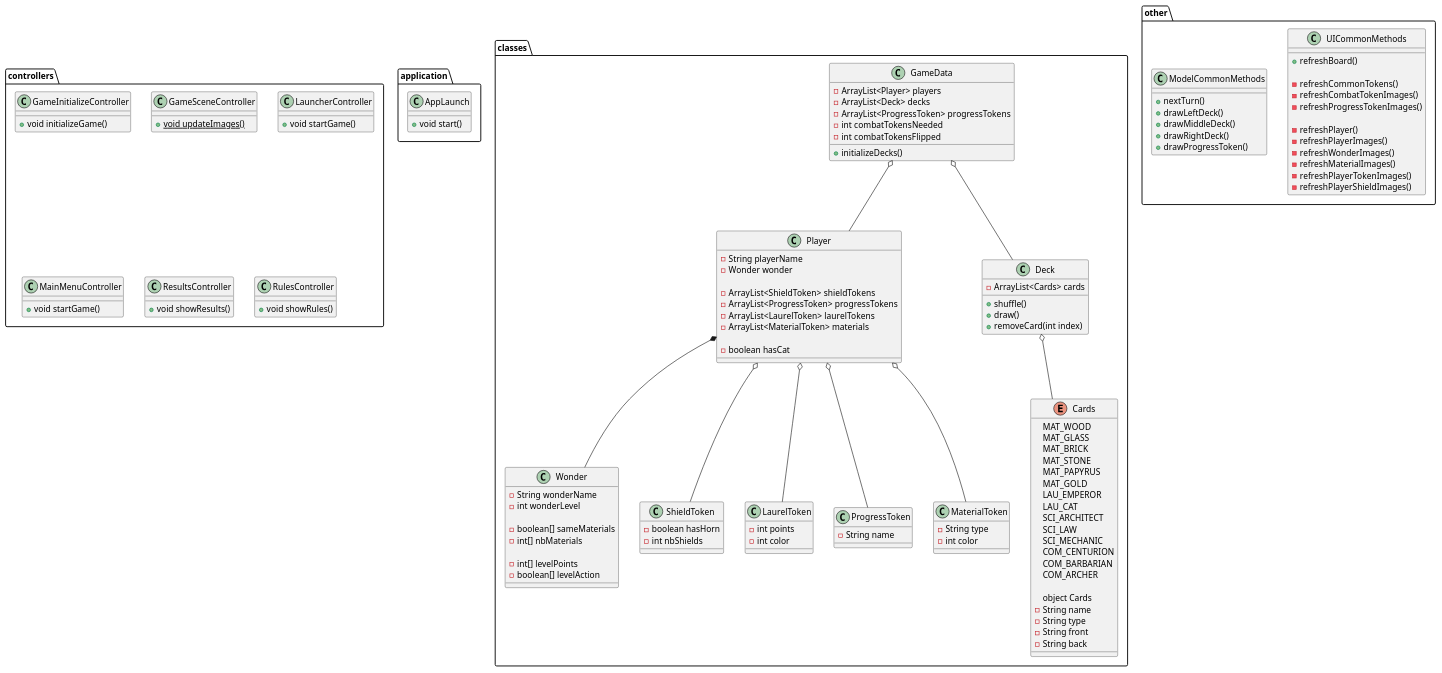
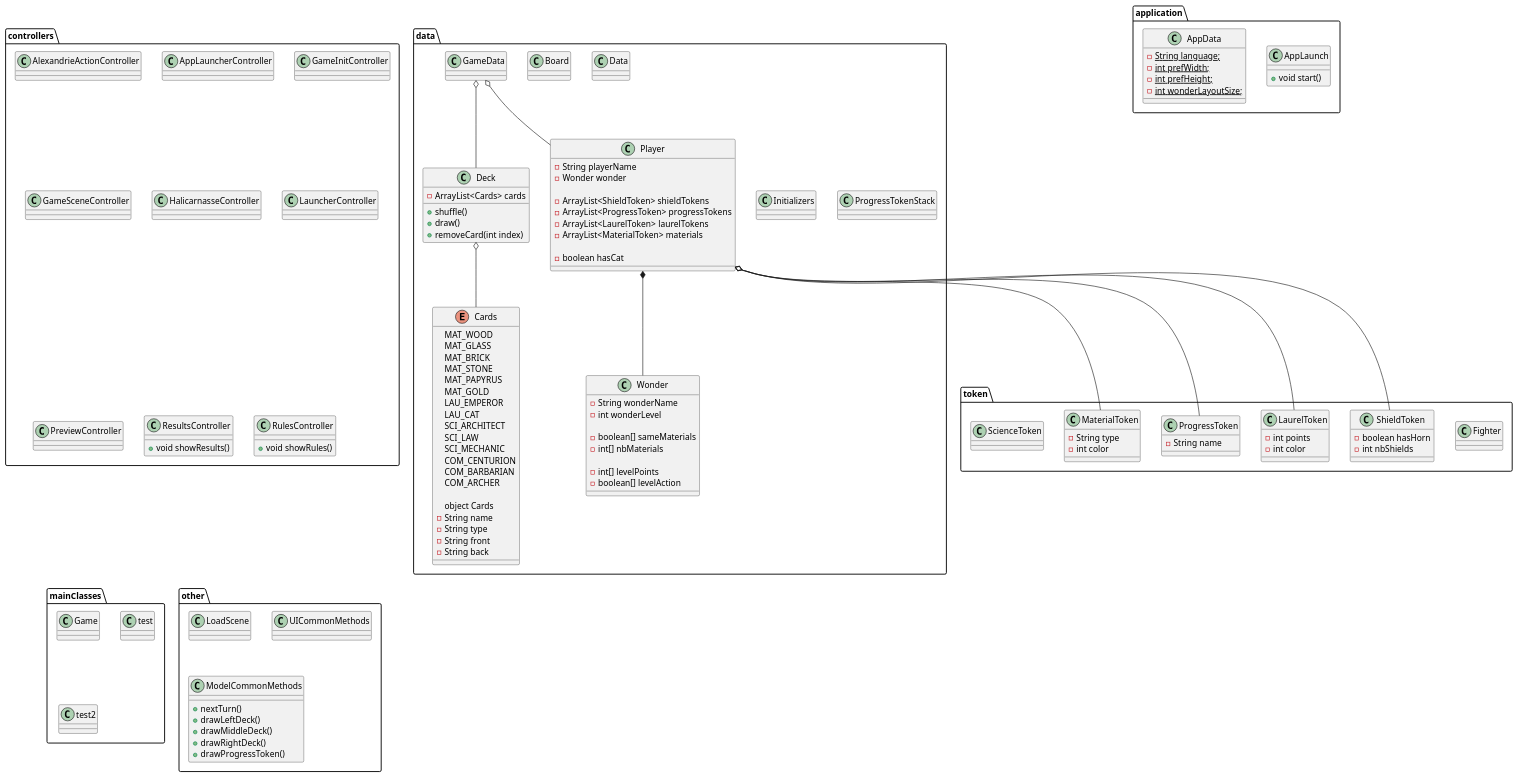
The diagram in src/main/resources/other/7WUML.puml (LeCarnotzetVeveysan/GameSevenWondersArchitect), drawn with PlantUML before and after one commit. The commit also changed 6 other files, not shown here.

```diff
--- a/src/main/resources/other/7WUML.puml
+++ b/src/main/resources/other/7WUML.puml
@@ -7,16 +7,101 @@
         + void start()
     }
 
+    class AppData {
+        - {static} String language;
+        - {static} int prefWidth;
+        - {static} int prefHeight;
+        - {static} int wonderLayoutSize;
+    }
+
 }
 
-package classes {
+package controllers {
+
+    class AlexandrieActionController {
+
+    }
+
+    class AppLauncherController {
+
+    }
+
+    class GameInitController {
+
+    }
+
+    class GameSceneController {
+
+    }
+
+    class HalicarnasseController {
+
+    }
+
+    class LauncherController {
+
+    }
+
+    class PreviewController {
+
+    }
+
+    class ResultsController {
+        + void showResults()
+    }
+
+    class RulesController {
+        + void showRules()
+    }
+
+}
+
+package data {
+
+    class Board {
+
+    }
+
+    enum Cards {
+            MAT_WOOD
+            MAT_GLASS
+            MAT_BRICK
+            MAT_STONE
+            MAT_PAPYRUS
+            MAT_GOLD
+            LAU_EMPEROR
+            LAU_CAT
+            SCI_ARCHITECT
+            SCI_LAW
+            SCI_MECHANIC
+            COM_CENTURION
+            COM_BARBARIAN
+            COM_ARCHER
+
+            object Cards
+            - String name
+            - String type
+            - String front
+            - String back
+    }
+
+    class Data {
+
+    }
+
+    class Deck {
+            - ArrayList<Cards> cards
+            + shuffle()
+            + draw()
+            + removeCard(int index)
+    }
+
     class GameData {
-        - ArrayList<Player> players
-        - ArrayList<Deck> decks
-        - ArrayList<ProgressToken> progressTokens
-        - int combatTokensNeeded
-        - int combatTokensFlipped
-        + initializeDecks()
+
+    }
+
+    class Initializers{
+
     }
 
     class Player {
@@ -31,6 +116,10 @@
         - boolean hasCat
     }
 
+    class ProgressTokenStack {
+
+    }
+
     class Wonder {
         - String wonderName
         - int wonderLevel
@@ -42,102 +131,34 @@
         - boolean[] levelAction
     }
 
-    enum Cards {
-        MAT_WOOD
-        MAT_GLASS
-        MAT_BRICK
-        MAT_STONE
-        MAT_PAPYRUS
-        MAT_GOLD
-        LAU_EMPEROR
-        LAU_CAT
-        SCI_ARCHITECT
-        SCI_LAW
-        SCI_MECHANIC
-        COM_CENTURION
-        COM_BARBARIAN
-        COM_ARCHER
+}
 
-        object Cards
-        - String name
-        - String type
-        - String front
-        - String back
+package mainClasses {
+
+    class Game {
+
     }
 
-    class Deck {
-        - ArrayList<Cards> cards
-        + shuffle()
-        + draw()
-        + removeCard(int index)
+    class test {
+
     }
 
-    class ShieldToken {
-        - boolean hasHorn
-        - int nbShields
-    }
+    class test2 {
 
-    class LaurelToken {
-        - int points
-        - int color
-    }
-
-    class ProgressToken {
-        - String name
-    }
-
-    class MaterialToken {
-        - String type
-        - int color
-    }
-
-
-
-}
-
-package controllers {
-
-    class GameInitializeController {
-        + void initializeGame()
-    }
-
-    class GameSceneController {
-        + {static} void updateImages()
-    }
-
-    class LauncherController {
-        + void startGame()
-    }
-
-    class MainMenuController {
-        + void startGame()
-    }
-
-    class ResultsController {
-        + void showResults()
-    }
-
-    class RulesController {
-        + void showRules()
     }
 
 }
 
+
+
 package other {
 
+    class LoadScene {
+
+    }
+
     class UICommonMethods {
-        + refreshBoard()
 
-        - refreshCommonTokens()
-        - refreshCombatTokenImages()
-        - refreshProgressTokenImages()
-
-        - refreshPlayer()
-        - refreshPlayerImages()
-        - refreshWonderImages()
-        - refreshMaterialImages()
-        - refreshPlayerTokenImages()
-        - refreshPlayerShieldImages()
     }
 
     class ModelCommonMethods {
@@ -147,6 +168,41 @@
         + drawRightDeck()
         + drawProgressToken()
     }
+
+}
+
+package token {
+
+    class Fighter {
+
+    }
+
+    class ShieldToken {
+            - boolean hasHorn
+            - int nbShields
+        }
+
+        class LaurelToken {
+            - int points
+            - int color
+        }
+
+        class ProgressToken {
+            - String name
+        }
+
+        class MaterialToken {
+            - String type
+            - int color
+        }
+
+        class ScienceToken {
+
+        }
+
+        class ShieldToken {
+
+        }
 
 }
 
```
